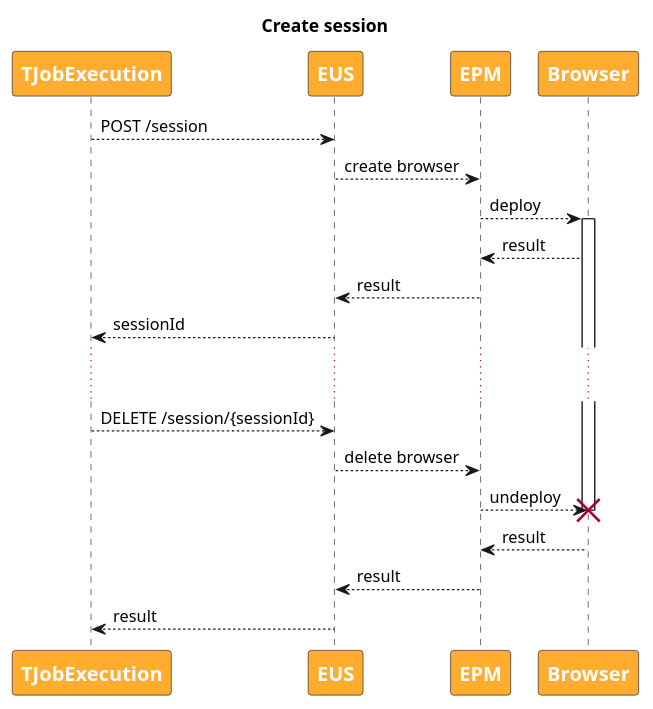
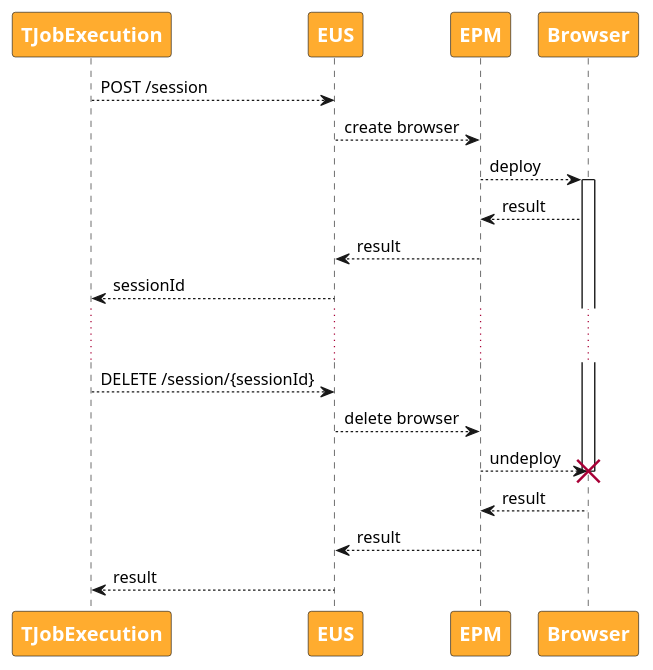
The diagram in UML/EUS/eus-sequence-session-lifecycle.puml (elastest/elastest.io-docs), drawn with PlantUML before and after one commit. The commit also changed 4 other files, not shown here.

Commit message:
UML for logcomparator added

```diff
--- a/UML/EUS/eus-sequence-session-lifecycle.puml
+++ b/UML/EUS/eus-sequence-session-lifecycle.puml
@@ -1,42 +1,38 @@
 @startuml
 
 skinparam participant {
     FontSize 16
     FontStyle bold
     FontColor white
     BackgroundColor #ffac2f
     ArrowFontColor #333333
     ArrowThickness 2
 }
-
-
-title Create session
 
 participant TJobExecution
 participant EUS
 participant EPM
 participant Browser
 
 TJobExecution --> EUS: POST /session
 EUS --> EPM: create browser
 EPM --> Browser: deploy
 activate Browser
 
 Browser --> EPM: result
 EPM --> EUS: result
 EUS --> TJobExecution: sessionId
 
 ... ...
 
-
 TJobExecution --> EUS: DELETE /session/{sessionId}
 EUS --> EPM: delete browser
 EPM --> Browser: undeploy
 destroy Browser
 
 Browser --> EPM: result
 EPM --> EUS: result
 EUS --> TJobExecution: result
 
 
 @enduml
```
